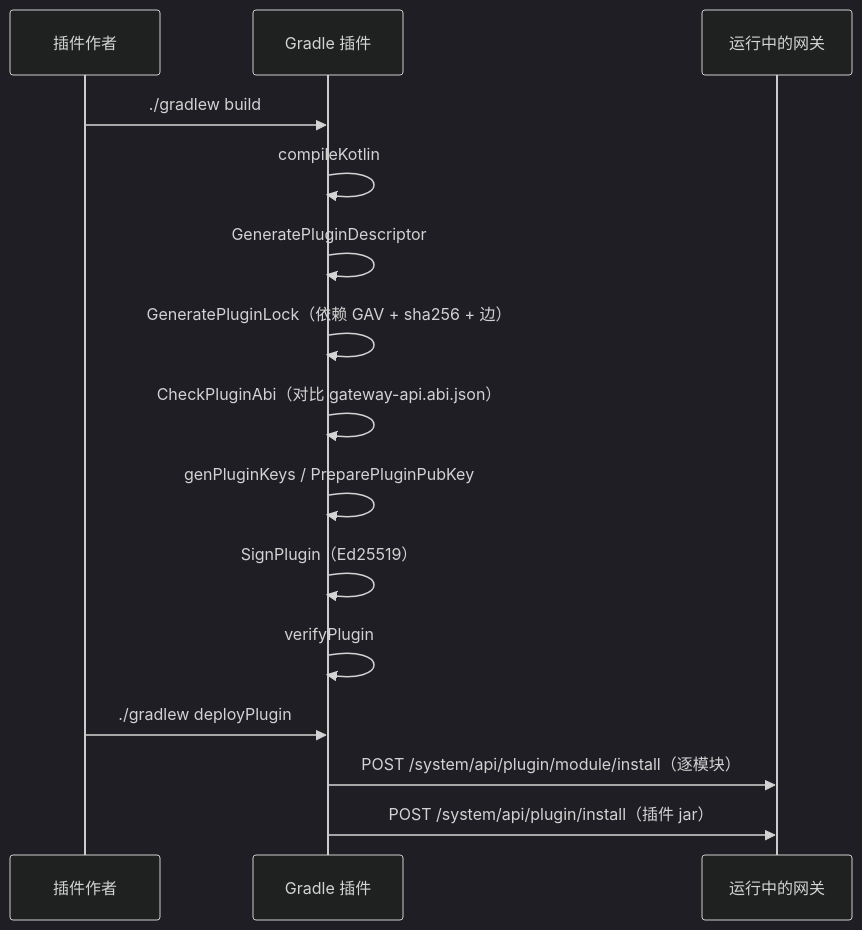
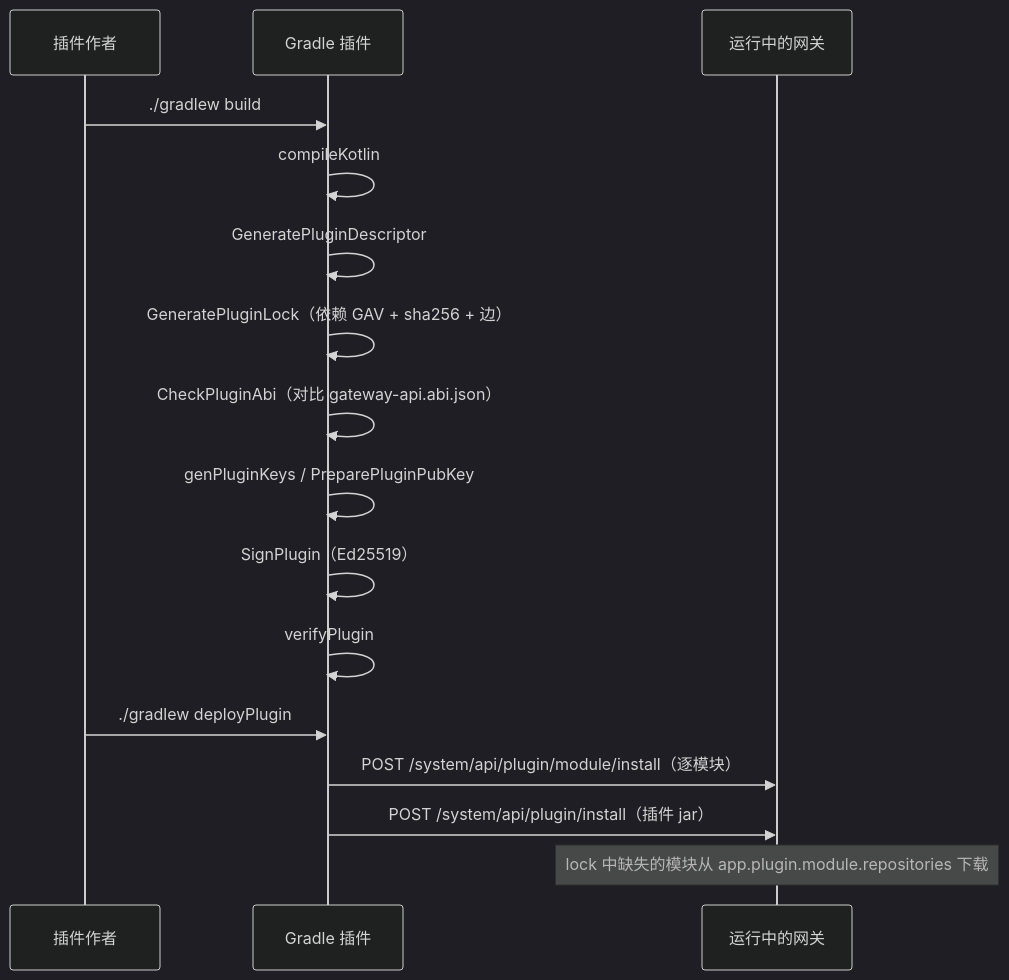
The second of 8 diagrams in docs/plugin-platform_zh.md (FatttSnake/api-management), drawn with Mermaid (dark theme) before and after one commit. The commit also changed other lines of this file and 20 other files, not shown here.

Commit message:
feat(plugin): support fetch module from maven

````diff
--- a/docs/plugin-platform_zh.md
+++ b/docs/plugin-platform_zh.md
@@ -113,19 +113,20 @@
 ```mermaid
 sequenceDiagram
     participant Dev as 插件作者
     participant G as Gradle 插件
     participant GW as 运行中的网关
 
     Dev->>G: ./gradlew build
     G->>G: compileKotlin
     G->>G: GeneratePluginDescriptor
     G->>G: GeneratePluginLock（依赖 GAV + sha256 + 边）
     G->>G: CheckPluginAbi（对比 gateway-api.abi.json）
     G->>G: genPluginKeys / PreparePluginPubKey
     G->>G: SignPlugin（Ed25519）
     G->>G: verifyPlugin
 
     Dev->>G: ./gradlew deployPlugin
     G->>GW: POST /system/api/plugin/module/install（逐模块）
     G->>GW: POST /system/api/plugin/install（插件 jar）
+    Note over GW: lock 中缺失的模块从 app.plugin.module.repositories 下载
 ```
````
